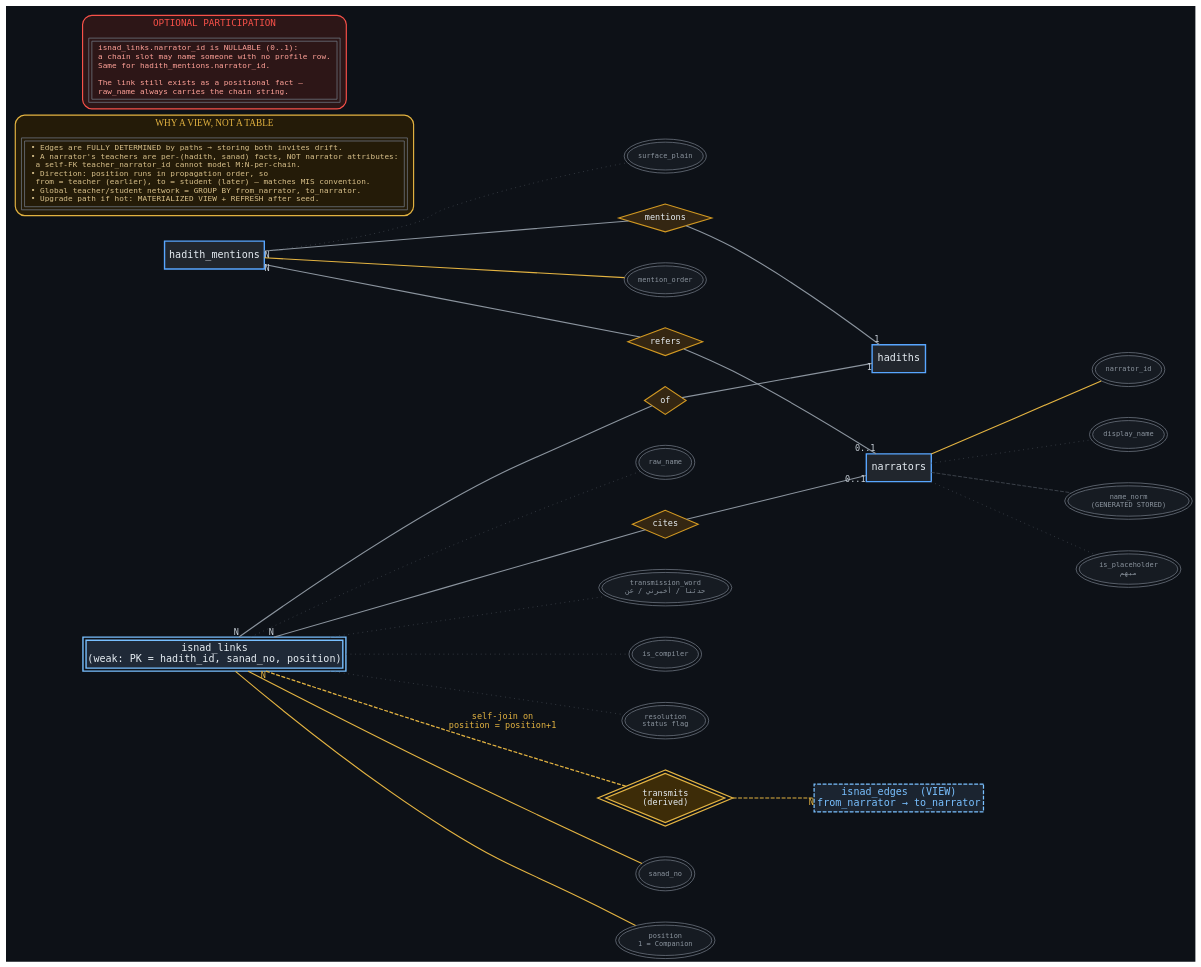
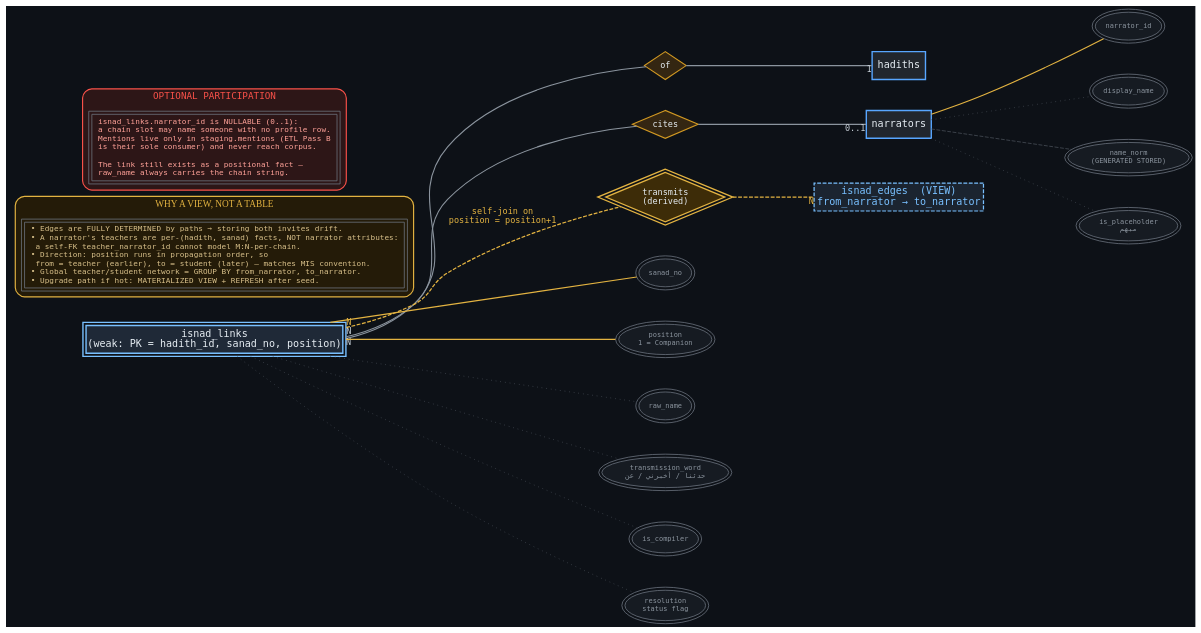
Before and after one commit to Kamrulhasan12345/ilham: the diagram in docs/erd/full/03_isnad.dot, drawn with Graphviz. The commit also changed 53 other files, not shown here.

First line of the commit message:
fix: make the schema loadable and correct the study-layer model

```diff
--- a/docs/erd/full/03_isnad.dot
+++ b/docs/erd/full/03_isnad.dot
@@ -1,80 +1,73 @@
 graph ilham_isnad {
   rankdir=LR;
   bgcolor="#0D1117";
   splines=spline;
   overlap=false;
   nodesep=0.55;
   ranksep=1.45;
   node [fontname="DejaVu Sans Mono", fontsize=10, fontcolor="#C9D1D9"];
   edge [fontname="DejaVu Sans Mono", fontsize=9, color="#8B949E", fontcolor="#8B949E"];
 
   // ---- ENTITIES ----
   node [shape=box, style="filled,bold", penwidth=1.8, fillcolor="#21262D", color="#58A6FF", fontcolor="#E6EDF3", fontsize=13];
-  hadiths; narrators; hadith_mentions;
+  hadiths; narrators;
 
   // weak entity — double border via peripheries
   node [shape=box, peripheries=2, style="filled,bold", penwidth=1.8, fillcolor="#1F2937", color="#79C0FF", fontcolor="#E6EDF3"];
   isnad_links [label="isnad_links\n(weak: PK = hadith_id, sanad_no, position)"];
 
   // derived view
   node [shape=box, peripheries=1, style="filled,dashed", penwidth=1.6, fillcolor="#1B2430", color="#79C0FF", fontcolor="#79C0FF"];
   isnad_edges [label="isnad_edges  (VIEW)\nfrom_narrator → to_narrator"];
 
   // ---- RELATIONSHIPS ----
   node [shape=diamond, style="filled", fillcolor="#342612", color="#D29922", penwidth=1.4, fontsize=11, fontcolor="#E6EDF3"];
   r_link_had [label="of"];
   r_link_nar [label="cites"];
-  r_ment_had [label="mentions"];
-  r_ment_nar [label="refers"];
 
   node [shape=diamond, peripheries=2, style="filled", fillcolor="#3D2C08", color="#E3B341", penwidth=1.6, fontsize=11, fontcolor="#E6EDF3"];
   r_derive [label="transmits\n(derived)"];
 
   // ---- ATTRIBUTES on isnad_links ----
   node [shape=ellipse, style="filled", fillcolor="#161B22", color="#6E7681", penwidth=1, fontsize=9, fontcolor="#8B949E"];
   a_l1 [label="sanad_no"];
   a_l2 [label="position\n1 = Companion"];
   a_l3 [label="raw_name"];
   a_l4 [label="transmission_word\nحدثنا / أخبرني / عن"];
   a_l5 [label="is_compiler"];
   a_l6 [label="resolution\nstatus flag"];
   a_n1 [label="narrator_id"]; a_n2 [label="display_name"];
   a_n3 [label="name_norm\n(GENERATED STORED)"];
   a_n4 [label="is_placeholder\nمبهم"];
-  a_m1 [label="mention_order"]; a_m2 [label="surface_plain"];
 
   edge [color="#484F58", style=dotted];
   isnad_links -- a_l1 [color="#E3B341", style=solid, penwidth=1.4];
   isnad_links -- a_l2 [color="#E3B341", style=solid, penwidth=1.4];
   isnad_links -- a_l3; isnad_links -- a_l4; isnad_links -- a_l5; isnad_links -- a_l6;
   narrators -- a_n1 [color="#E3B341", style=solid, penwidth=1.4];
   narrators -- a_n2; narrators -- a_n3 [style=dashed]; narrators -- a_n4;
-  hadith_mentions -- a_m1 [color="#E3B341", style=solid, penwidth=1.4];
-  hadith_mentions -- a_m2;
 
   // ---- CARDINALITY ----
   edge [color="#8B949E", style=solid, fontsize=11, fontcolor="#C9D1D9", penwidth=1.4];
   isnad_links -- r_link_had [taillabel="N"]; r_link_had -- hadiths [headlabel="1"];
   isnad_links -- r_link_nar [taillabel="N"]; r_link_nar -- narrators [headlabel="0..1"];
-  hadith_mentions -- r_ment_had [taillabel="N"]; r_ment_had -- hadiths [headlabel="1"];
-  hadith_mentions -- r_ment_nar [taillabel="N"]; r_ment_nar -- narrators [headlabel="0..1"];
 
   edge [color="#E3B341", fontcolor="#E3B341", style=dashed, penwidth=1.6];
   isnad_links -- r_derive [taillabel="N", label="self-join on\nposition = position+1"];
   r_derive -- isnad_edges [headlabel="N"];
 
   // ---- NOTES ----
   subgraph cluster_notes {
     label="WHY A VIEW, NOT A TABLE"; fontname="DejaVu Sans Mono Bold"; fontsize=12; fontcolor="#E3B341";
     style="rounded,filled"; fillcolor="#241B08"; color="#E3B341"; penwidth=1.5;
     node [shape=plaintext, fillcolor="none", fontcolor="#D8C08A", fontsize=10];
     n1 [label="• Edges are FULLY DETERMINED by paths → storing both invites drift.\l• A narrator's teachers are per-(hadith, sanad) facts, NOT narrator attributes:\l  a self-FK teacher_narrator_id cannot model M:N-per-chain.\l• Direction: position runs in propagation order, so\l  from = teacher (earlier), to = student (later) — matches MIS convention.\l• Global teacher/student network = GROUP BY from_narrator, to_narrator.\l• Upgrade path if hot: MATERIALIZED VIEW + REFRESH after seed.\l"];
   }
 
   subgraph cluster_res {
     label="OPTIONAL PARTICIPATION"; fontname="DejaVu Sans Mono"; fontsize=12; fontcolor="#F85149";
     style="rounded,filled"; fillcolor="#2D1617"; color="#F85149"; penwidth=1.5;
     node [shape=plaintext, fillcolor="none", fontcolor="#FFA198", fontsize=10];
-    n2 [label="isnad_links.narrator_id is NULLABLE (0..1):\la chain slot may name someone with no profile row.\lSame for hadith_mentions.narrator_id.\l\lThe link still exists as a positional fact —\lraw_name always carries the chain string.\l"];
+    n2 [label="isnad_links.narrator_id is NULLABLE (0..1):\la chain slot may name someone with no profile row.\lMentions live only in staging.mentions (ETL Pass B\lis their sole consumer) and never reach corpus.\l\lThe link still exists as a positional fact —\lraw_name always carries the chain string.\l"];
   }
 }
```
